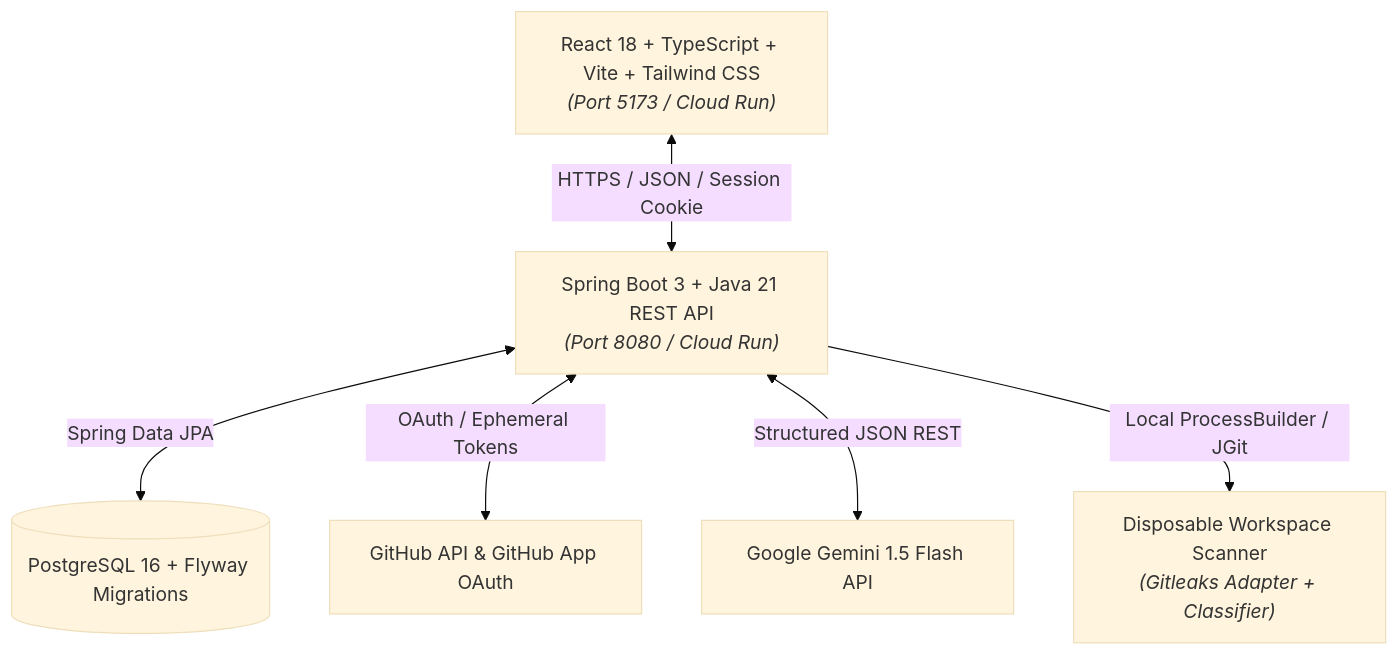
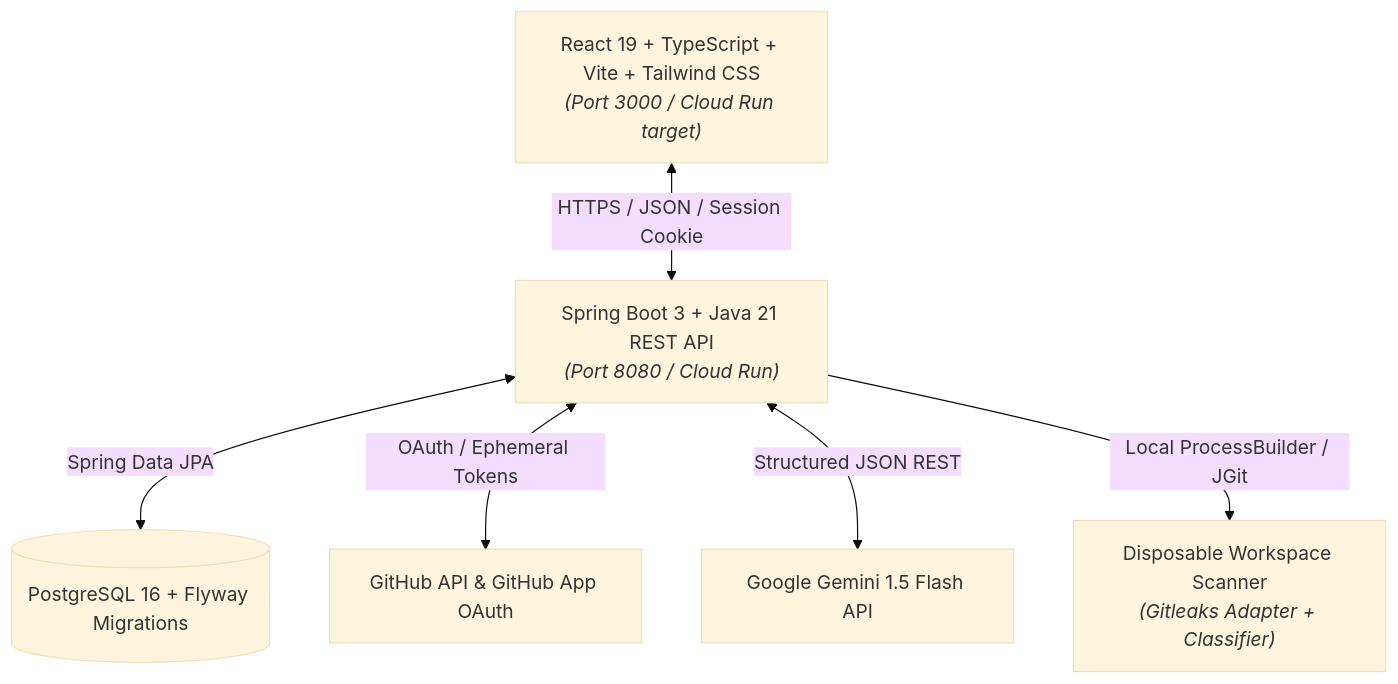
Before and after one commit to NgaiLong49423/scan-pilot: the diagram in docs/requirements/SRS.md, drawn with Mermaid (base theme). The commit also changed other lines of this file and 25 other files, not shown here.

````diff
--- a/docs/requirements/SRS.md
+++ b/docs/requirements/SRS.md
@@ -32,15 +35,15 @@
 ```mermaid
 graph TD
-    Client["React 18 + TypeScript + Vite + Tailwind CSS<br><i>(Port 5173 / Cloud Run)</i>"]
+    Client["React 19 + TypeScript + Vite + Tailwind CSS<br><i>(Port 3000 / Cloud Run target)</i>"]
     Gateway["Spring Boot 3 + Java 21 REST API<br><i>(Port 8080 / Cloud Run)</i>"]
     DB[(PostgreSQL 16 + Flyway Migrations)]
     GitHub["GitHub API & GitHub App OAuth"]
     Gemini["Google Gemini 1.5 Flash API"]
     Worker["Disposable Workspace Scanner<br><i>(Gitleaks Adapter + Classifier)</i>"]
 
     Client <-->|HTTPS / JSON / Session Cookie| Gateway
     Gateway <-->|Spring Data JPA| DB
     Gateway <-->|OAuth / Ephemeral Tokens| GitHub
     Gateway <-->|Structured JSON REST| Gemini
     Gateway -->|Local ProcessBuilder / JGit| Worker
 ```
````
